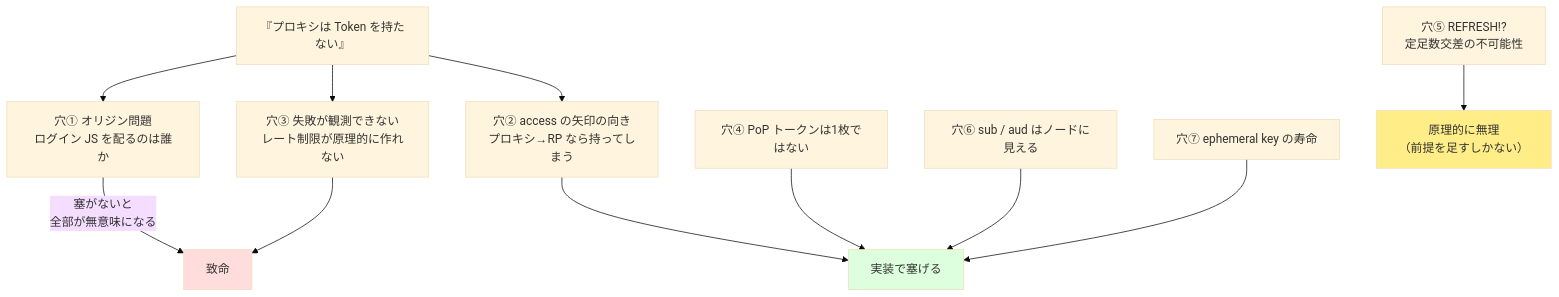
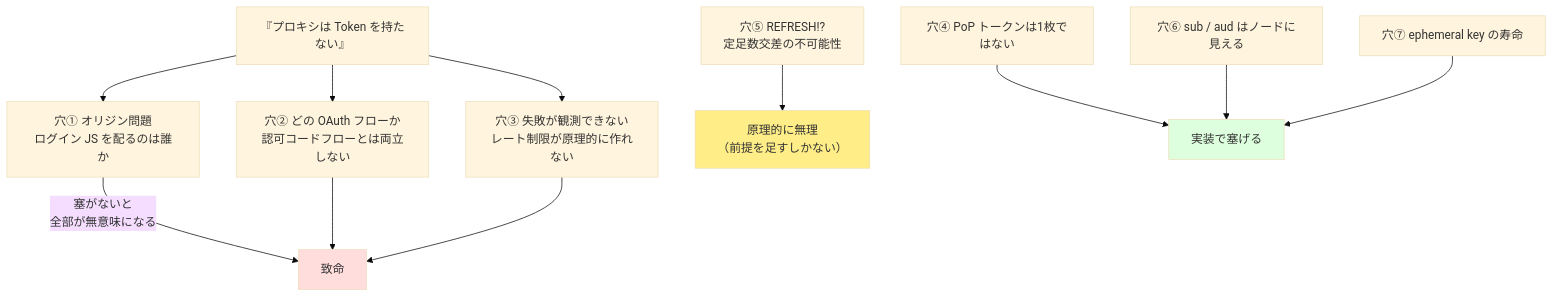
The third of 8 diagrams in docs/whiteboard-gaps.md (sururu-k/decentralized_identity_provider), drawn with Mermaid (base theme) before and after one commit. The commit also changed other lines of this file and 1 other file, not shown here.

````diff
--- a/docs/whiteboard-gaps.md
+++ b/docs/whiteboard-gaps.md
@@ -54,22 +87,22 @@
 ```mermaid
 graph TB
     Core["『プロキシは Token を持たない』"]
 
     Core --> H1["穴① オリジン問題<br>ログイン JS を配るのは誰か"]
-    Core --> H2["穴② access の矢印の向き<br>プロキシ→RP なら持ってしまう"]
+    Core --> H2["穴② どの OAuth フローか<br>認可コードフローとは両立しない"]
     Core --> H3["穴③ 失敗が観測できない<br>レート制限が原理的に作れない"]
 
     H4["穴④ PoP トークンは1枚ではない"]
     H5["穴⑤ REFRESH!?<br>定足数交差の不可能性"]
     H6["穴⑥ sub / aud はノードに見える"]
     H7["穴⑦ ephemeral key の寿命"]
 
     H1 -->|"塞がないと<br>全部が無意味になる"| Fatal["致命"]
-    H3 --> Fatal
+    H2 & H3 --> Fatal
     H5 --> Hard["原理的に無理<br>（前提を足すしかない）"]
-    H2 & H4 & H6 & H7 --> Fix["実装で塞げる"]
+    H4 & H6 & H7 --> Fix["実装で塞げる"]
 
     style Fatal fill:#fdd
     style Hard fill:#fe8
     style Fix fill:#dfd
 ```
````
